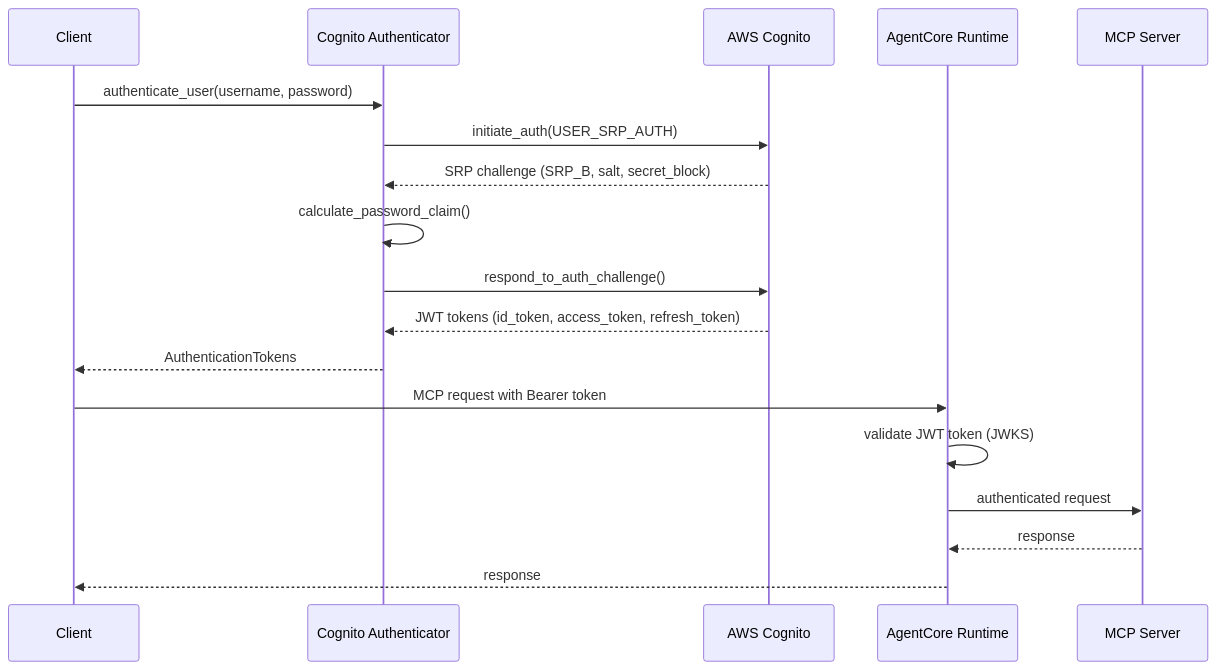
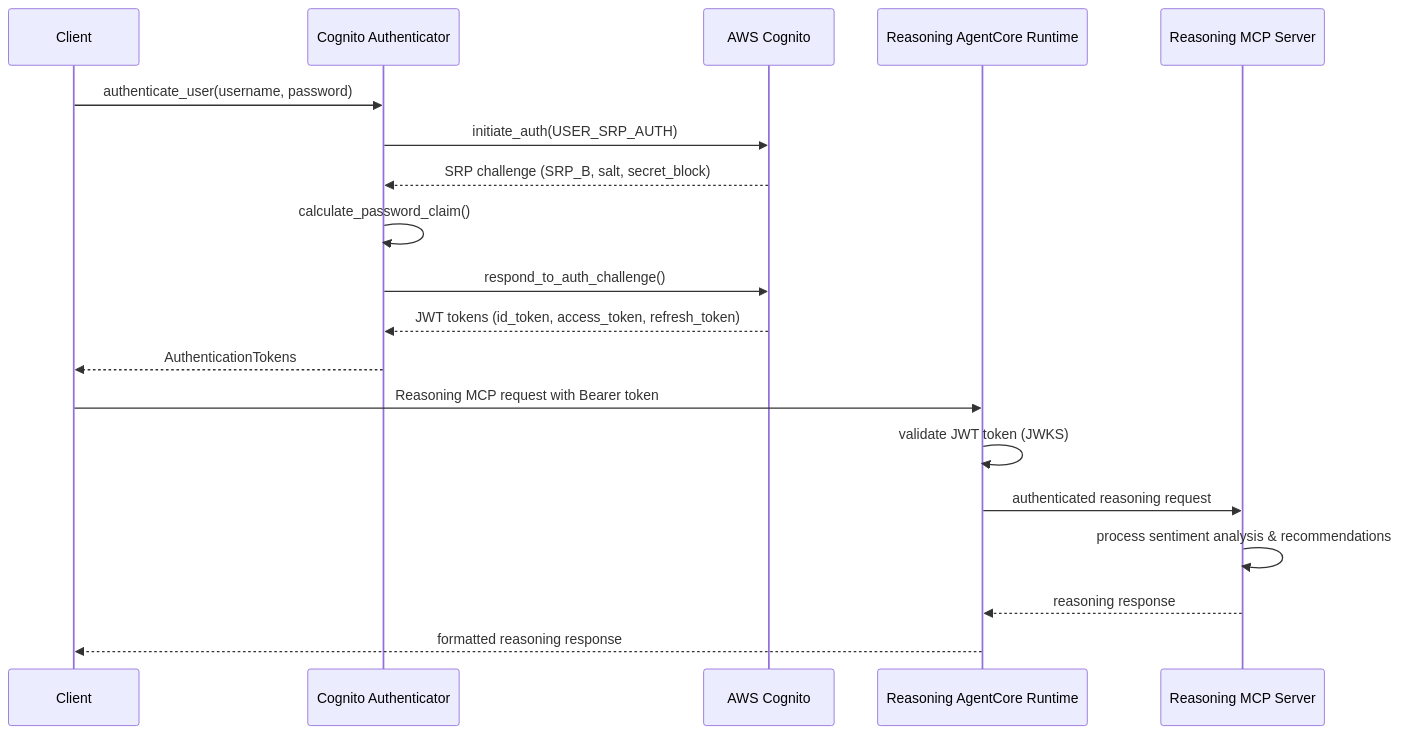
Before and after one commit to nestymook/mbti-travel-assistant-v2: the diagram in restaurant-search-result-reasoning-mcp/docs/COGNITO_SETUP_GUIDE.md, drawn with Mermaid. The commit also changed other lines of this file and 169 other files, not shown here.

Commit message:
Created Restaurant Reasoning AI Agent

````diff
--- a/restaurant-search-result-reasoning-mcp/docs/COGNITO_SETUP_GUIDE.md
+++ b/restaurant-search-result-reasoning-mcp/docs/COGNITO_SETUP_GUIDE.md
@@ -220,22 +203,23 @@
 ```mermaid
 sequenceDiagram
     participant Client
     participant CognitoAuth as Cognito Authenticator
     participant Cognito as AWS Cognito
-    participant AgentCore as AgentCore Runtime
-    participant MCP as MCP Server
+    participant ReasoningAgentCore as Reasoning AgentCore Runtime
+    participant ReasoningMCP as Reasoning MCP Server
 
     Client->>CognitoAuth: authenticate_user(username, password)
     CognitoAuth->>Cognito: initiate_auth(USER_SRP_AUTH)
     Cognito-->>CognitoAuth: SRP challenge (SRP_B, salt, secret_block)
     CognitoAuth->>CognitoAuth: calculate_password_claim()
     CognitoAuth->>Cognito: respond_to_auth_challenge()
     Cognito-->>CognitoAuth: JWT tokens (id_token, access_token, refresh_token)
     CognitoAuth-->>Client: AuthenticationTokens
     
-    Client->>AgentCore: MCP request with Bearer token
-    AgentCore->>AgentCore: validate JWT token (JWKS)
-    AgentCore->>MCP: authenticated request
-    MCP-->>AgentCore: response
-    AgentCore-->>Client: response
+    Client->>ReasoningAgentCore: Reasoning MCP request with Bearer token
+    ReasoningAgentCore->>ReasoningAgentCore: validate JWT token (JWKS)
+    ReasoningAgentCore->>ReasoningMCP: authenticated reasoning request
+    ReasoningMCP->>ReasoningMCP: process sentiment analysis & recommendations
+    ReasoningMCP-->>ReasoningAgentCore: reasoning response
+    ReasoningAgentCore-->>Client: formatted reasoning response
 ```
````
